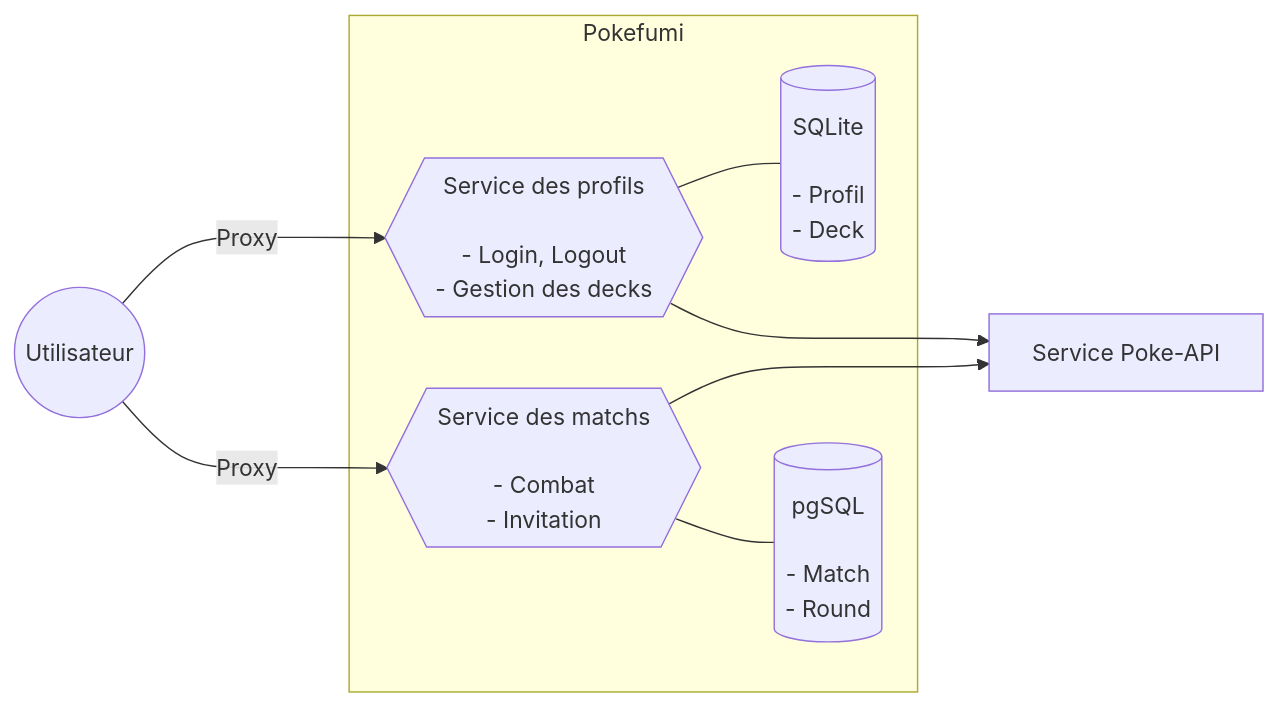
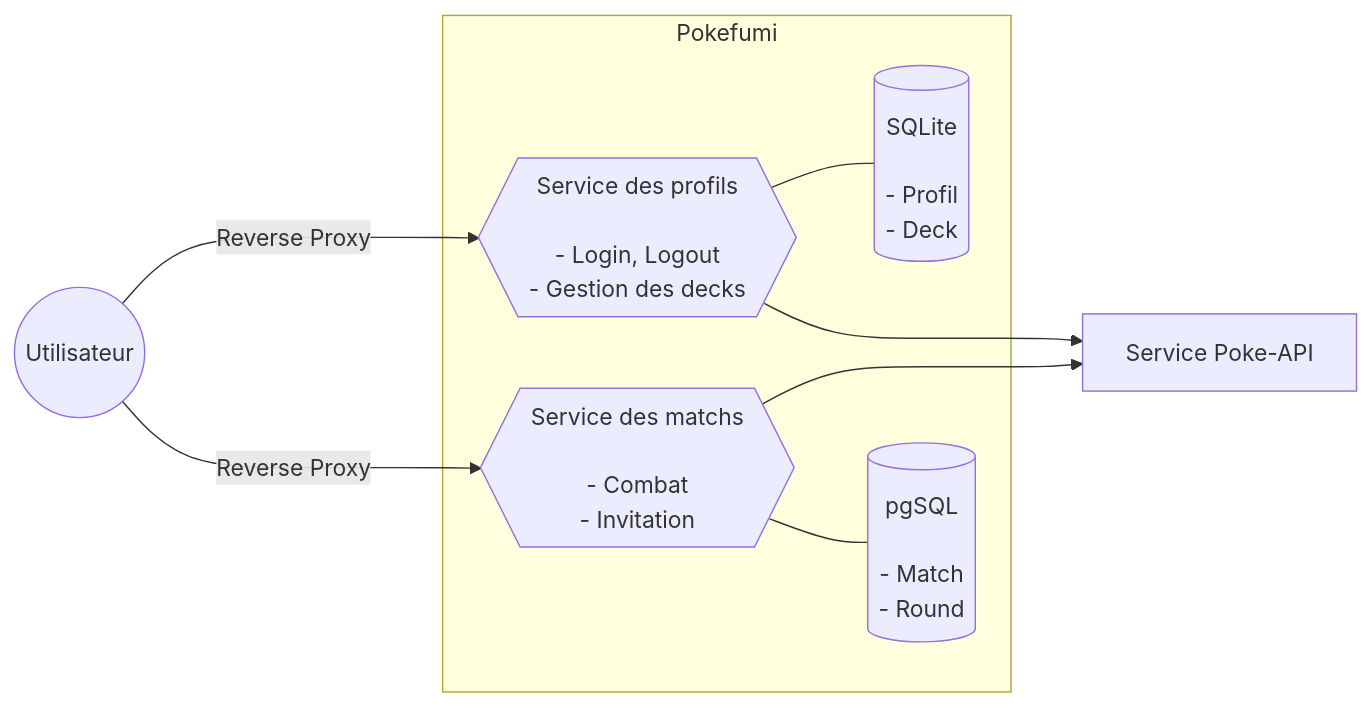
Before and after one commit to reifocS/IMT-pokefumi-microservices: the second of 3 diagrams in README.md, drawn with Mermaid. The commit also changed other lines of this file and 2 other files, not shown here.

````diff
--- a/README.md
+++ b/README.md
@@ -47,21 +47,21 @@
 ```mermaid
 graph LR
     %%variable
     U((Utilisateur))
     S_U{{Service des profils<br/><br/>- Login, Logout<br/>- Gestion des decks}}
     D_U[(SQLite<br/><br/>- Profil<br/>- Deck)]
     S_M{{Service des matchs<br/><br/>- Combat<br/>- Invitation}}
     D_M[(pgSQL<br/><br/>- Match<br/>- Round)]
     S_P[Service Poke-API]
     %%relation
     S_U --- D_U
-    U --->|Proxy| S_U & S_M ---> S_P
+    U --->|Reverse Proxy| S_U & S_M ---> S_P
     S_M --- D_M
     %%structure
     subgraph Pokefumi
     S_U
     D_U
     S_M
     D_M
     end
 ```
````
